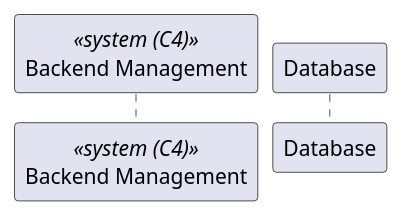
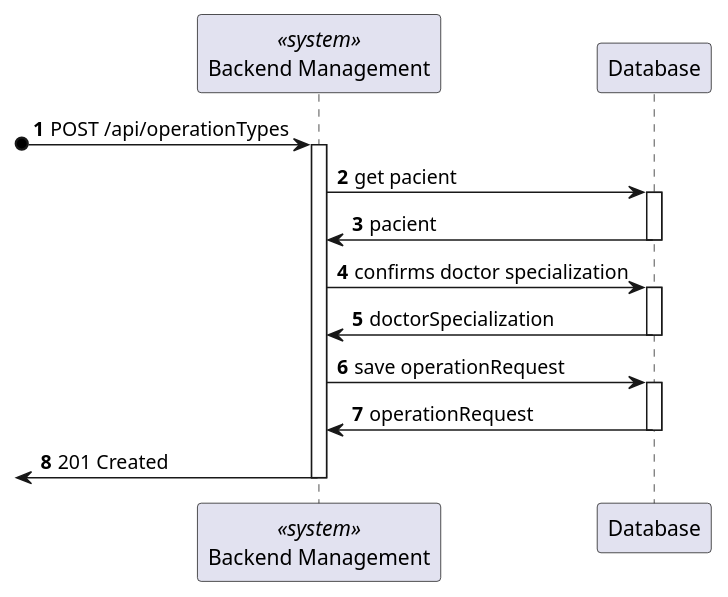
One commit to Lapr5G21/sem5pi-24-25-3ddg21 changed the diagram in docs/OperationRequest/views/level3/process-view1.puml. Above: the diagram before and after it, drawn with PlantUML. The commit also changed 8 other files, not shown here.

```diff
--- a/docs/OperationRequest/views/level3/process-view1.puml
+++ b/docs/OperationRequest/views/level3/process-view1.puml
@@ -1,7 +1,39 @@
-@startuml Patient Profile Creation (level 3 - 1)
+@startuml
 
 autonumber
-participant BE as "Backend Management" <<system (C4)>>
+participant BE as "Backend Management" <<system>>
 participant DB as "Database"
 
+?o-> BE : POST /api/operationTypes
+activate BE
+
+BE -> DB : get pacient
+
+activate DB 
+
+DB -> BE : pacient
+
+deactivate DB 
+
+BE -> DB : confirms doctor specialization
+
+activate DB
+
+DB -> BE : doctorSpecialization
+
+deactivate DB
+
+
+BE -> DB : save operationRequest
+
+activate DB 
+
+DB -> BE : operationRequest 
+
+deactivate DB 
+
+<- BE : 201 Created
+
+deactivate BE
+
 @enduml
```
